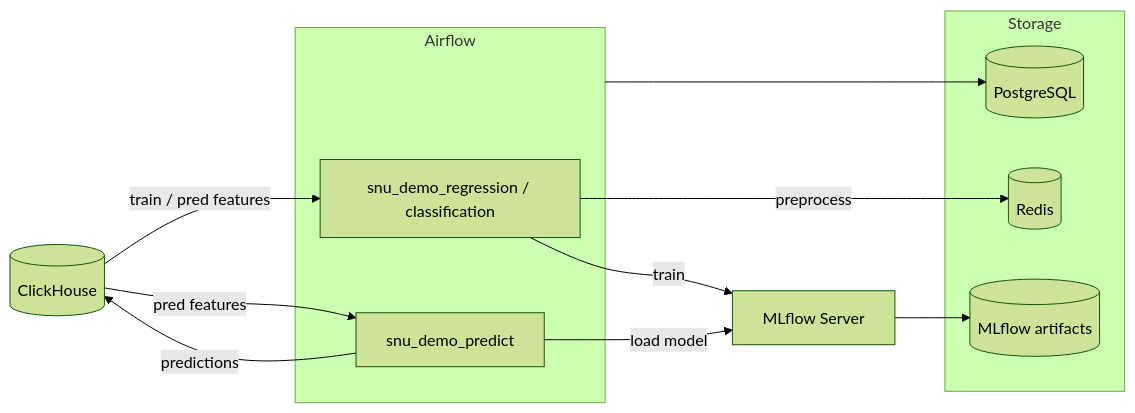
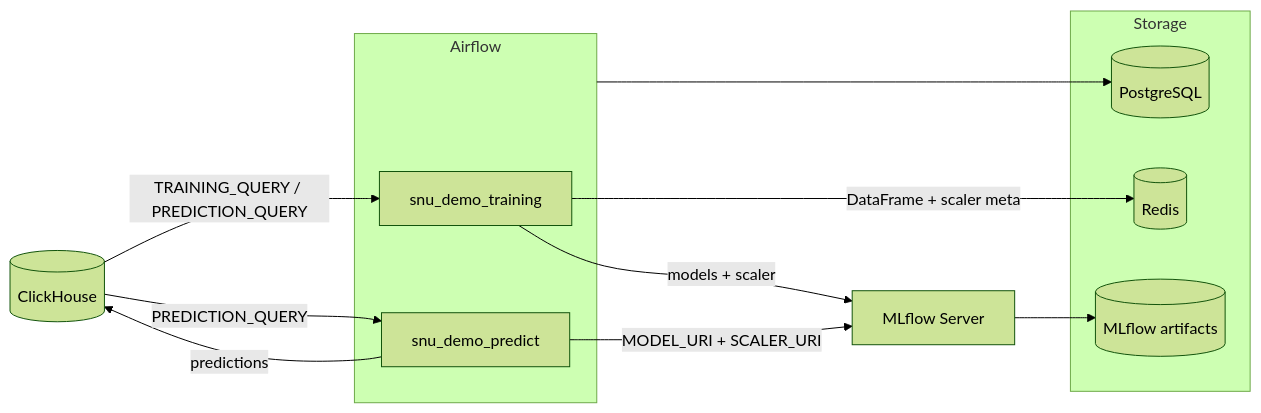
The diagram in README.md (mishafoniakov/test_mlops_mlflow), drawn with Mermaid (forest theme) before and after one commit. The commit also changed other lines of this file and 6 other files, not shown here.

````diff
--- a/README.md
+++ b/README.md
@@ -15,25 +14,25 @@
 ```mermaid
 flowchart LR
     CH[(ClickHouse)]
     subgraph Airflow
-        Train[snu_demo_regression / classification]
+        Train[snu_demo_training]
         Pred[snu_demo_predict]
     end
 
     subgraph Storage
         PG[(PostgreSQL)]
         Redis[(Redis)]
         Artifacts[(MLflow artifacts)]
     end
 
     MLflow[MLflow Server]
 
-    CH -->|train / pred features| Train
-    CH -->|pred features| Pred
-    Train -->|preprocess| Redis
-    Train -->|train| MLflow
-    Pred -->|load model| MLflow
+    CH -->|TRAINING_QUERY / PREDICTION_QUERY| Train
+    CH -->|PREDICTION_QUERY| Pred
+    Train -->|DataFrame + scaler meta| Redis
+    Train -->|models + scaler| MLflow
+    Pred -->|MODEL_URI + SCALER_URI| MLflow
     Pred -->|predictions| CH
     MLflow --> Artifacts
     Airflow --> PG
 ```
````
